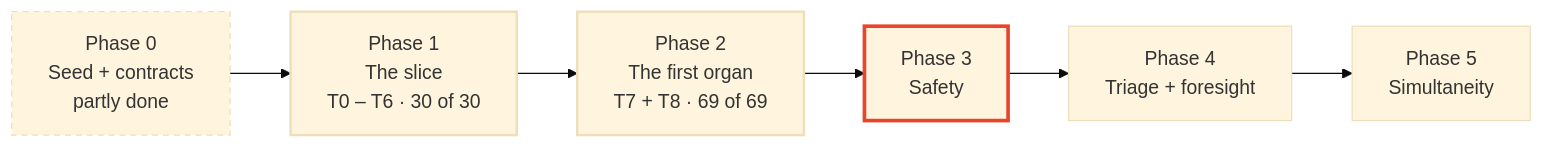
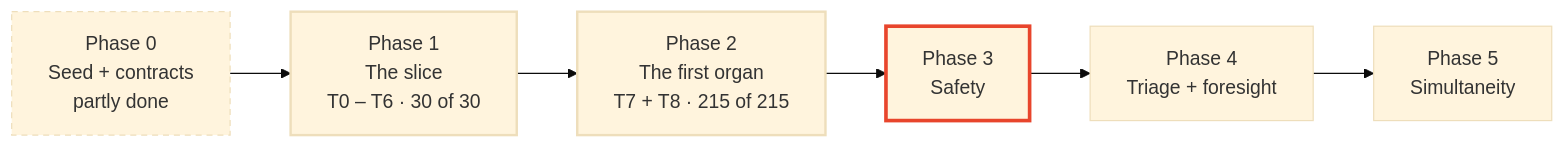
One commit to JosephOIbrahim/Plexus changed the first of 5 diagrams in README.md. Above: the diagram before and after it, drawn with Mermaid (base theme). The commit also changed other lines of this file, not shown here.

Commit message:
readme: alpha.9 status, 215 of 215, five missions, the new phase 2 files and the live file, and the live job test's last pass stated plainly

````diff
--- a/README.md
+++ b/README.md
@@ -50,13 +50,13 @@
 ```mermaid
 flowchart LR
     P0["Phase 0<br/>Seed + contracts<br/>partly done"]:::part
     P1["Phase 1<br/>The slice<br/>T0 – T6 · 30 of 30"]:::done
-    P2["Phase 2<br/>The first organ<br/>T7 + T8 · 69 of 69"]:::done
+    P2["Phase 2<br/>The first organ<br/>T7 + T8 · 215 of 215"]:::done
     P3["Phase 3<br/>Safety"]:::next
     P4["Phase 4<br/>Triage + foresight"]
     P5["Phase 5<br/>Simultaneity"]
     P0 --> P1 --> P2 --> P3 --> P4 --> P5
     classDef done stroke-width:2px
     classDef part stroke-dasharray:5 4
     classDef next stroke:#E8452C,stroke-width:3px
 ```
````
